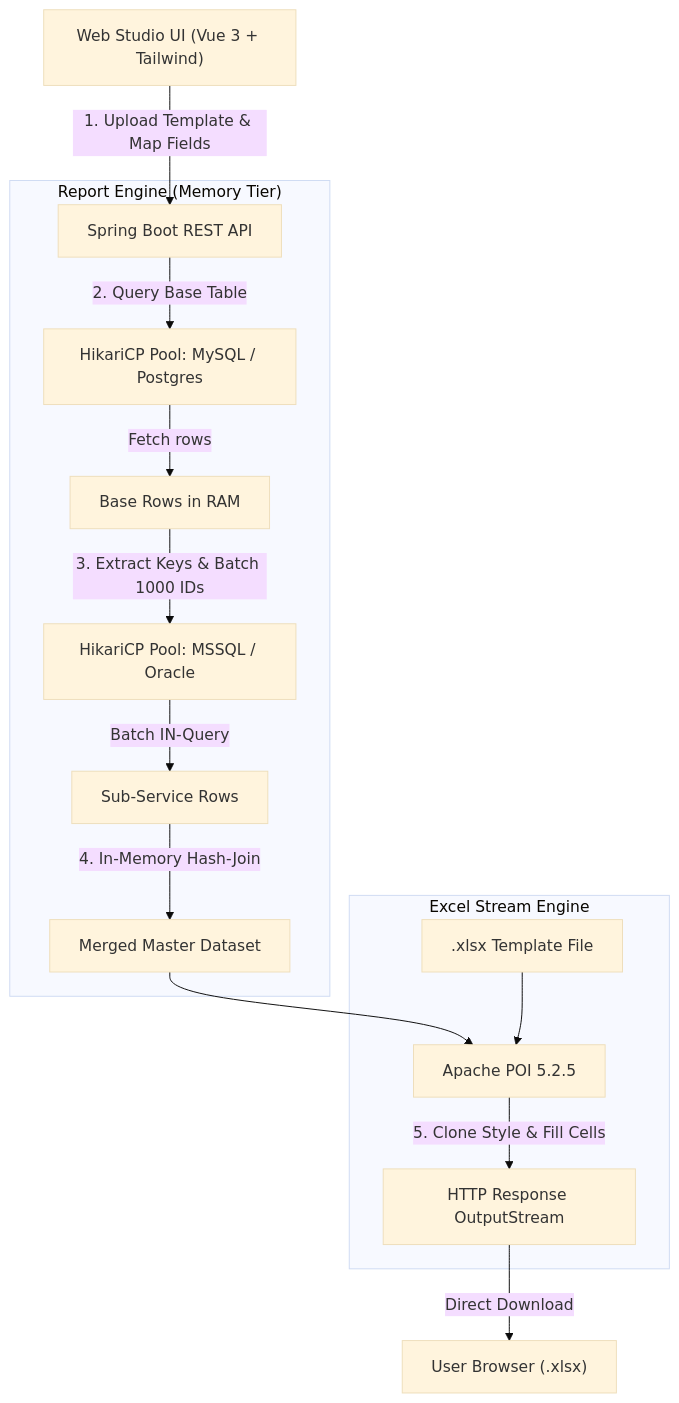
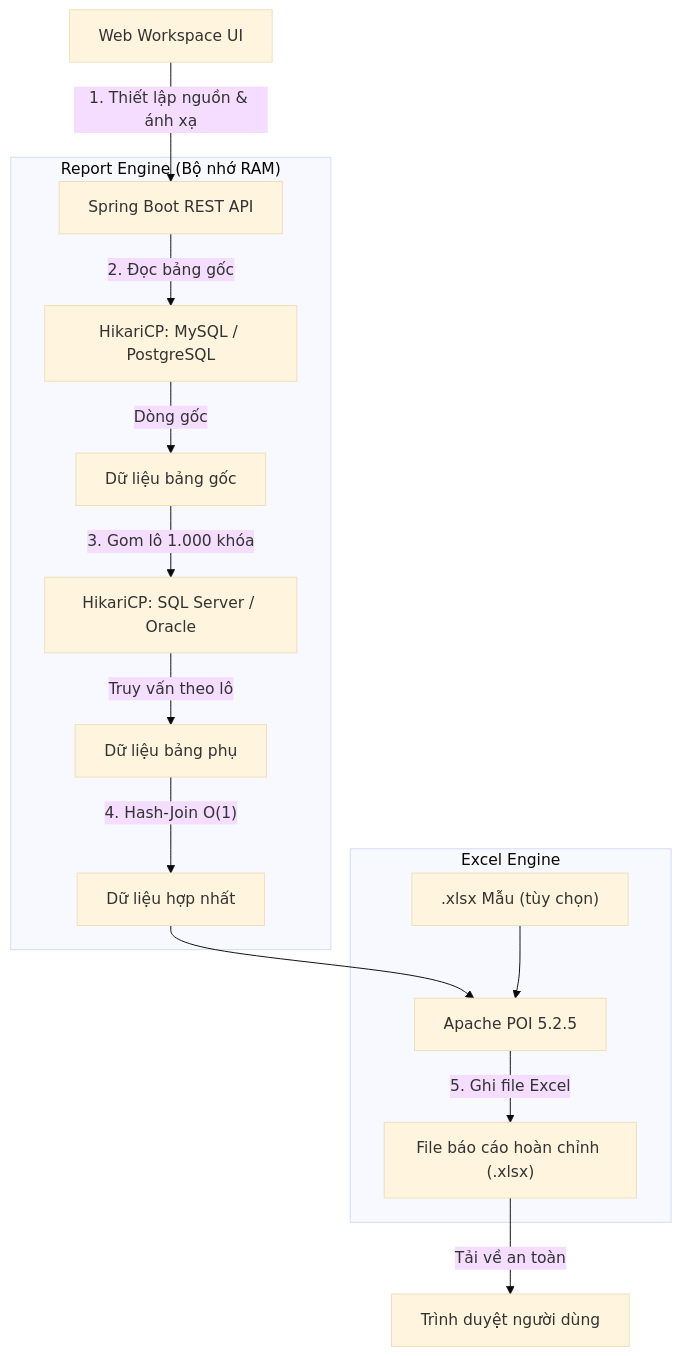
The first of 2 diagrams in README.md (Khanhnv26/Report_Export_Tools), drawn with Mermaid (base theme) before and after one commit. The commit also changed other lines of this file, not shown here.

Commit message:
docs: streamline and update README with latest architecture and features

````diff
--- a/README.md
+++ b/README.md
@@ -42,20 +44,20 @@
 ```mermaid
 flowchart TD
-    UI["Web Studio UI (Vue 3 + Tailwind)"] -->|"1. Upload Template & Map Fields"| Controller["Spring Boot REST API"]
+    UI["Web Workspace UI"] -->|"1. Thiết lập nguồn & ánh xạ"| Controller["Spring Boot REST API"]
     
-    subgraph Engine ["Report Engine (Memory Tier)"]
-        Controller -->|"2. Query Base Table"| Pool1["HikariCP Pool: MySQL / Postgres"]
-        Pool1 -->|"Fetch rows"| RawData["Base Rows in RAM"]
-        RawData -->|"3. Extract Keys & Batch 1000 IDs"| Pool2["HikariCP Pool: MSSQL / Oracle"]
-        Pool2 -->|"Batch IN-Query"| SubData["Sub-Service Rows"]
-        SubData -->|"4. In-Memory Hash-Join"| MergedData["Merged Master Dataset"]
+    subgraph Engine ["Report Engine (Bộ nhớ RAM)"]
+        Controller -->|"2. Đọc bảng gốc"| Pool1["HikariCP: MySQL / PostgreSQL"]
+        Pool1 -->|"Dòng gốc"| RawData["Dữ liệu bảng gốc"]
+        RawData -->|"3. Gom lô 1.000 khóa"| Pool2["HikariCP: SQL Server / Oracle"]
+        Pool2 -->|"Truy vấn theo lô"| SubData["Dữ liệu bảng phụ"]
+        SubData -->|"4. Hash-Join O(1)"| MergedData["Dữ liệu hợp nhất"]
     end
 
-    subgraph ExcelExporter ["Excel Stream Engine"]
+    subgraph Exporter ["Excel Engine"]
         MergedData --> POI["Apache POI 5.2.5"]
-        Template[".xlsx Template File"] --> POI
-        POI -->|"5. Clone Style & Fill Cells"| OutputStream["HTTP Response OutputStream"]
+        Template[".xlsx Mẫu (tùy chọn)"] --> POI
+        POI -->|"5. Ghi file Excel"| ExportFile["File báo cáo hoàn chỉnh (.xlsx)"]
     end
 
-    OutputStream -->|"Direct Download"| Browser["User Browser (.xlsx)"]
+    ExportFile -->|"Tải về an toàn"| Browser["Trình duyệt người dùng"]
 ```
````
